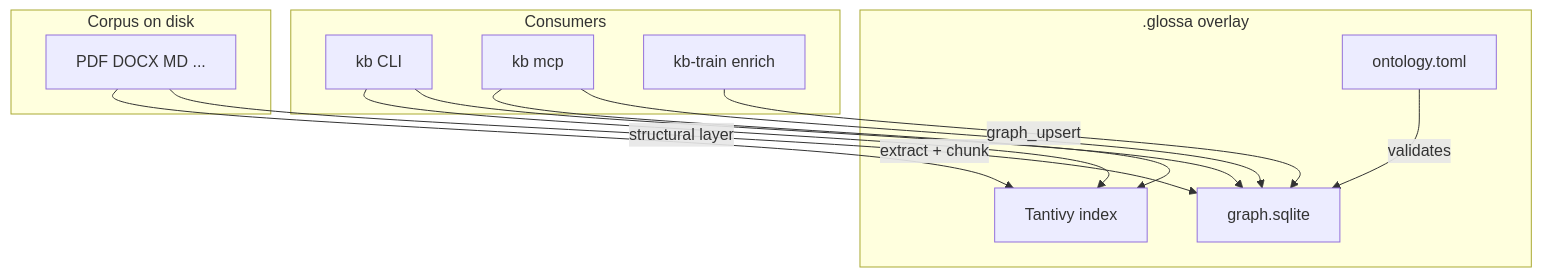
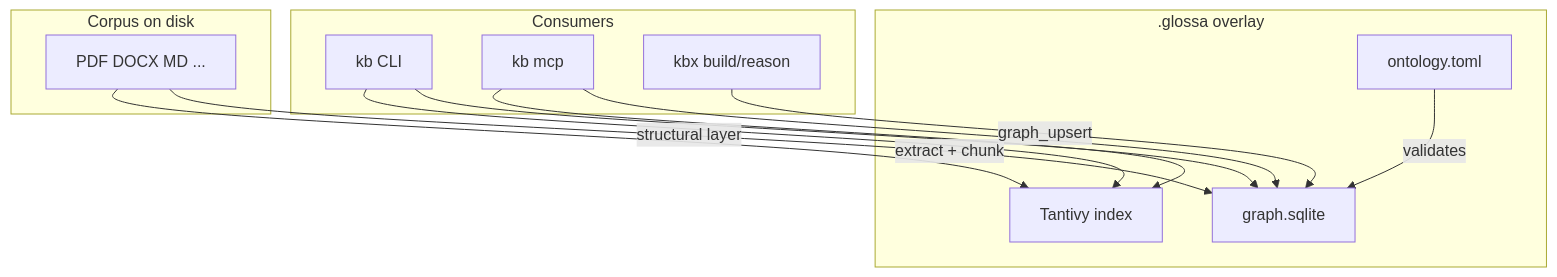
Before and after one commit to metalmon/glossa: the diagram in docs/architecture.md, drawn with Mermaid. The commit also changed 4 other files, not shown here.

First line of the commit message:
docs: surface the kbx pipeline as current; frame kb-eval/kb-train as legacy

````diff
--- a/docs/architecture.md
+++ b/docs/architecture.md
@@ -7,25 +7,25 @@
 ```mermaid
 flowchart TB
   subgraph corpus [Corpus on disk]
     pdf[PDF DOCX MD ...]
   end
   subgraph glossa_dir [.glossa overlay]
     tantivy[Tantivy index]
     sqlite[graph.sqlite]
     ont[ontology.toml]
   end
   subgraph consumers [Consumers]
     cli[kb CLI]
     mcp[kb mcp]
-    train[kb-train enrich]
+    kbx[kbx build/reason]
   end
 
   pdf -->|extract + chunk| tantivy
   pdf -->|structural layer| sqlite
-  train -->|graph_upsert| sqlite
+  kbx -->|graph_upsert| sqlite
   ont -->|validates| sqlite
   cli --> tantivy
   cli --> sqlite
   mcp --> tantivy
   mcp --> sqlite
 ```
````
